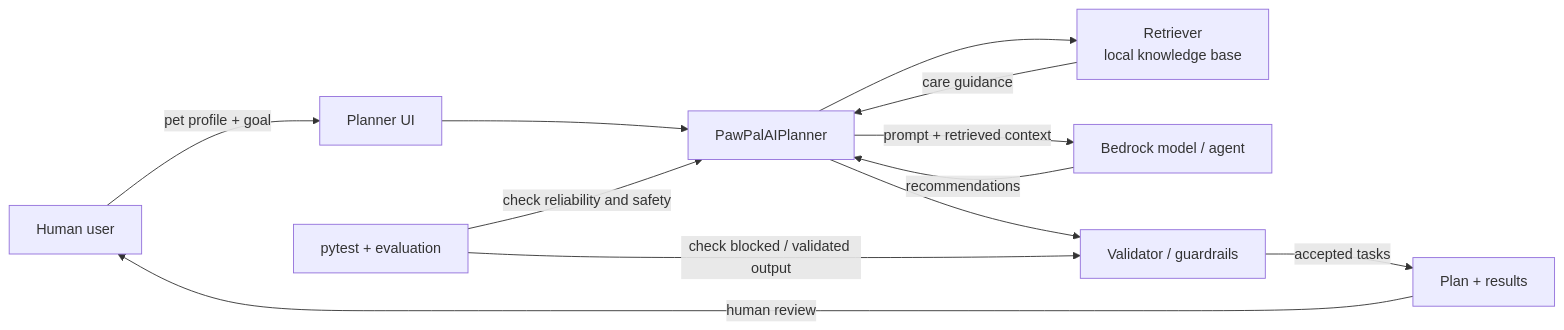
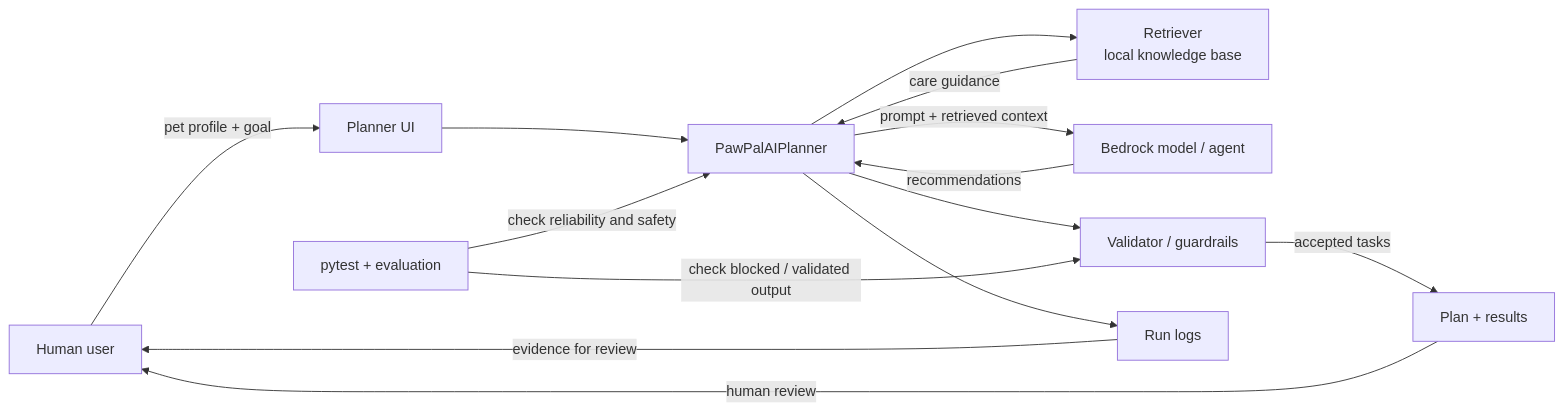
The diagram in README.md (sithusoe19619/applied-ai-system-project), drawn with Mermaid before and after one commit.

Commit message:
Polished: All necessary features added. README updated 2

````diff
--- a/README.md
+++ b/README.md
@@ -79,24 +79,27 @@
 ```mermaid
 flowchart LR
     Human[Human user]
     UI[Planner UI]
     Planner[PawPalAIPlanner]
     Retriever[Retriever<br/>local knowledge base]
     Model[Bedrock model / agent]
     Validator[Validator / guardrails]
     Results[Plan + results]
+    Logger[Run logs]
     Tests[pytest + evaluation]
 
     Human -->|pet profile + goal| UI
     UI --> Planner
     Planner --> Retriever
     Retriever -->|care guidance| Planner
     Planner -->|prompt + retrieved context| Model
     Model -->|recommendations| Planner
     Planner --> Validator
     Validator -->|accepted tasks| Results
+    Planner --> Logger
     Results -->|human review| Human
 
     Tests -->|check reliability and safety| Planner
     Tests -->|check blocked / validated output| Validator
+    Logger -->|evidence for review| Human
 ```
````
